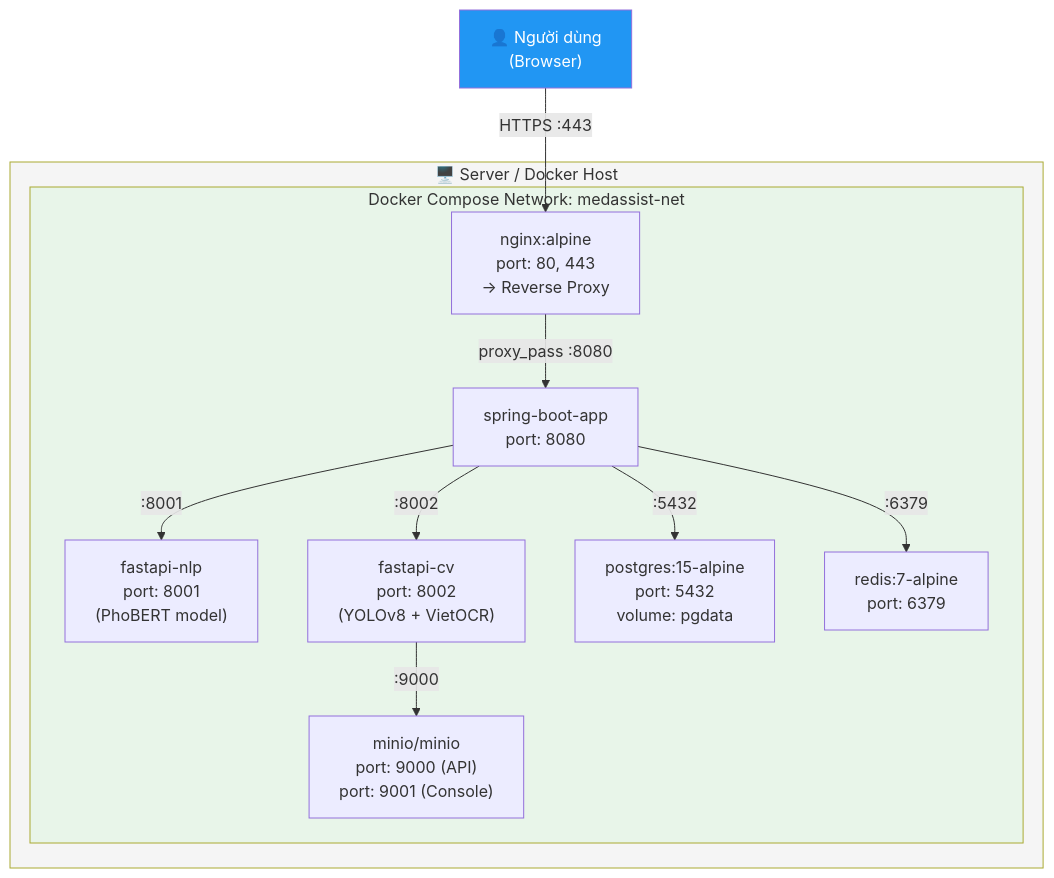
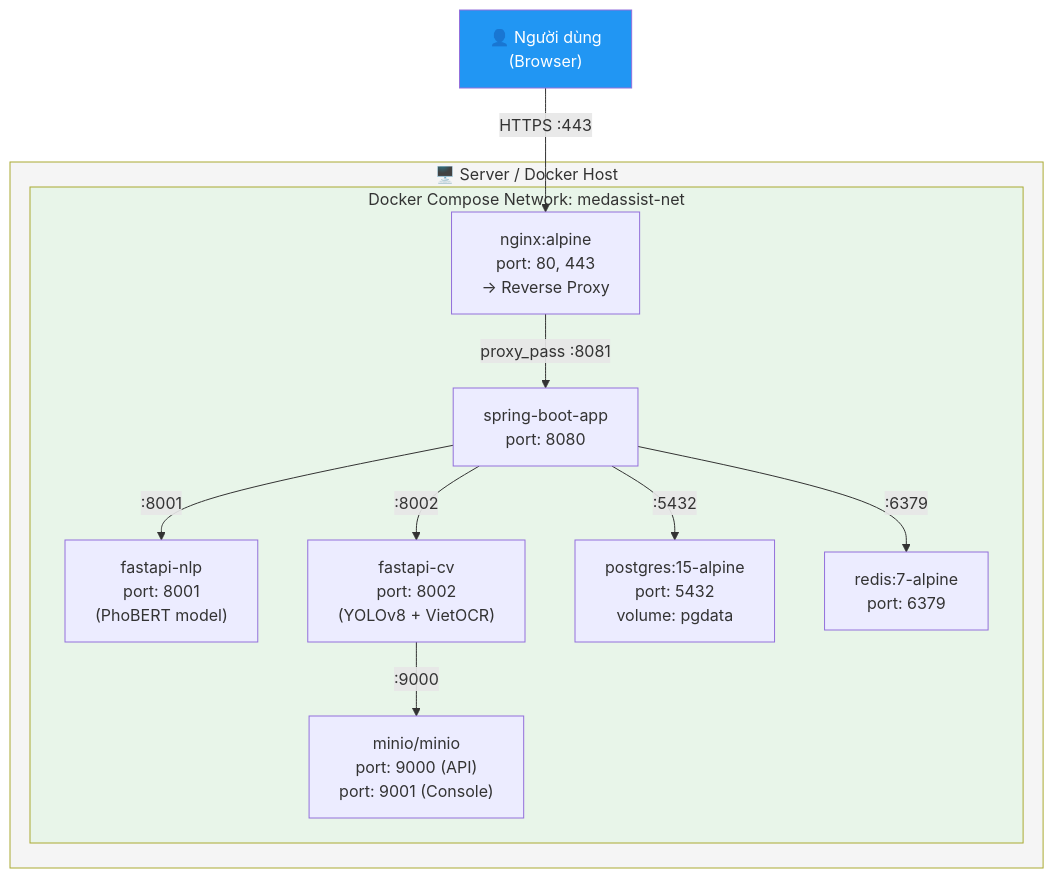
Before and after one commit to nguyng/DOANTRITUENHANTAO: diagram 15 of 18 in So_Do_Mermaid.md, drawn with Mermaid. The commit also changed other lines of this file and 9 other files, not shown here.

````diff
--- a/So_Do_Mermaid.md
+++ b/So_Do_Mermaid.md
@@ -632,26 +632,26 @@
 ```mermaid
 graph TB
     subgraph SERVER["🖥️ Server / Docker Host"]
         subgraph DC["Docker Compose Network: medassist-net"]
             NGINX["nginx:alpine\nport: 80, 443\n→ Reverse Proxy"]
             SB["spring-boot-app\nport: 8080"]
             NLP["fastapi-nlp\nport: 8001\n(PhoBERT model)"]
             CV["fastapi-cv\nport: 8002\n(YOLOv8 + VietOCR)"]
             PG["postgres:15-alpine\nport: 5432\nvolume: pgdata"]
             RD["redis:7-alpine\nport: 6379"]
             MN["minio/minio\nport: 9000 (API)\nport: 9001 (Console)"]
         end
     end
 
     USER["👤 Người dùng\n(Browser)"] -->|"HTTPS :443"| NGINX
-    NGINX -->|"proxy_pass :8080"| SB
+    NGINX -->|"proxy_pass :8081"| SB
     SB -->|":8001"| NLP
     SB -->|":8002"| CV
     SB -->|":5432"| PG
     SB -->|":6379"| RD
     CV -->|":9000"| MN
 
     style SERVER fill:#f5f5f5
     style DC fill:#e8f5e9
     style USER fill:#2196f3,color:#fff
 ```
````
